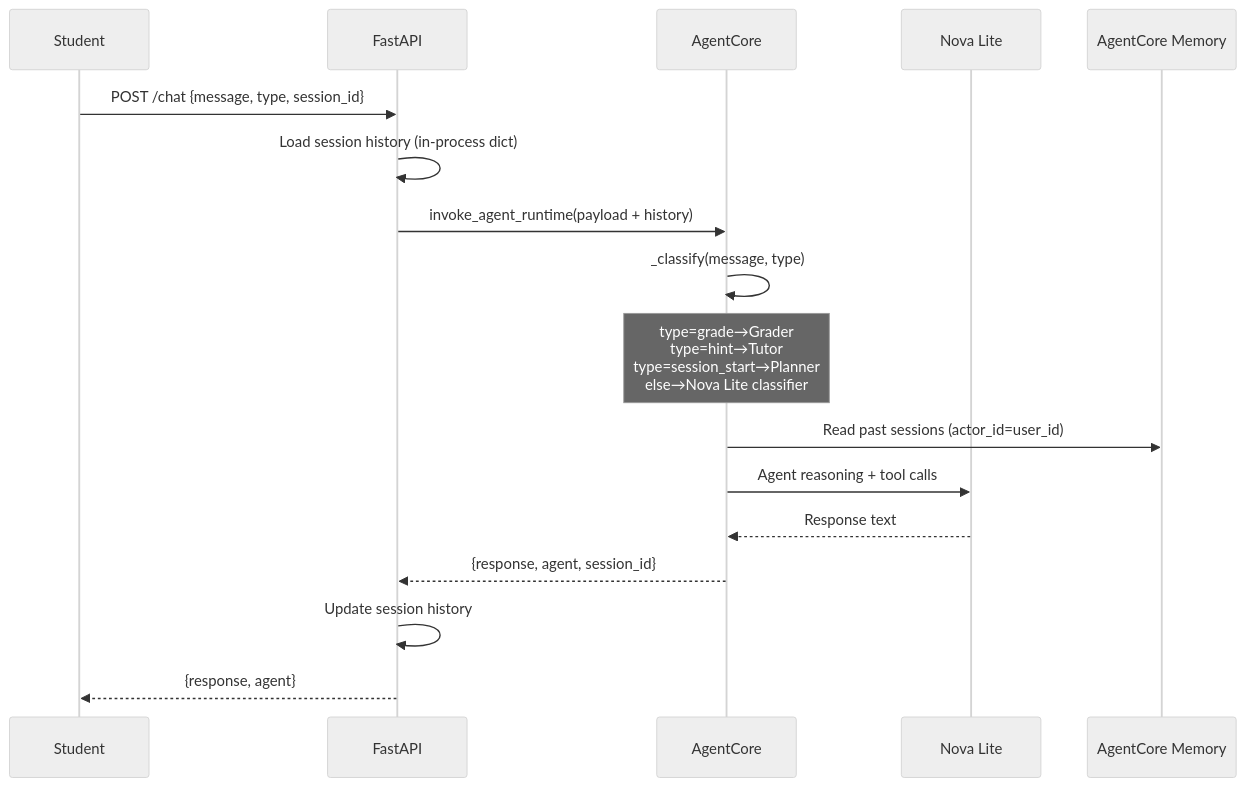
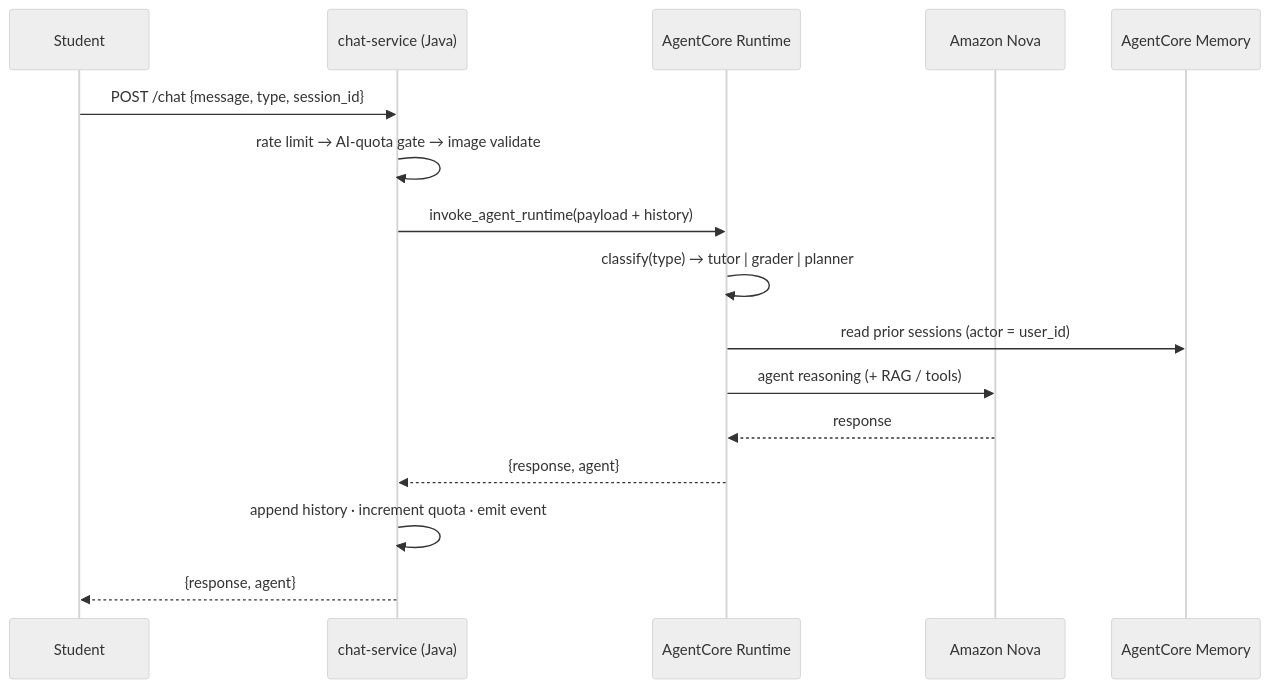
One commit to mohamedsorour1998/RosettaCloud changed the second of 3 diagrams in README.md. Above: the diagram before and after it, drawn with Mermaid (neutral theme). The commit also changed other lines of this file, not shown here.

First line of the commit message:
docs(readme): comprehensive, accurate platform README (functionality, architecture, overall)

````diff
--- a/README.md
+++ b/README.md
@@ -184,23 +171,19 @@
 ```mermaid
 sequenceDiagram
     participant Student
-    participant FastAPI
-    participant AgentCore
-    participant Nova as Nova Lite
-    participant Memory as AgentCore Memory
+    participant Chat as chat-service (Java)
+    participant AC as AgentCore Runtime
+    participant Nova as Amazon Nova
+    participant Mem as AgentCore Memory
 
-    Student->>FastAPI: POST /chat {message, type, session_id}
-    FastAPI->>FastAPI: Load session history (in-process dict)
-    FastAPI->>AgentCore: invoke_agent_runtime(payload + history)
-
-    AgentCore->>AgentCore: _classify(message, type)
-    Note over AgentCore: type=grade→Grader<br/>type=hint→Tutor<br/>type=session_start→Planner<br/>else→Nova Lite classifier
-
-    AgentCore->>Memory: Read past sessions (actor_id=user_id)
-    AgentCore->>Nova: Agent reasoning + tool calls
-    Nova-->>AgentCore: Response text
-    AgentCore-->>FastAPI: {response, agent, session_id}
-
-    FastAPI->>FastAPI: Update session history
-    FastAPI-->>Student: {response, agent}
+    Student->>Chat: POST /chat {message, type, session_id}
+    Chat->>Chat: rate limit → AI-quota gate → image validate
+    Chat->>AC: invoke_agent_runtime(payload + history)
+    AC->>AC: classify(type) → tutor | grader | planner
+    AC->>Mem: read prior sessions (actor = user_id)
+    AC->>Nova: agent reasoning (+ RAG / tools)
+    Nova-->>AC: response
+    AC-->>Chat: {response, agent}
+    Chat->>Chat: append history · increment quota · emit event
+    Chat-->>Student: {response, agent}
 ```
````
